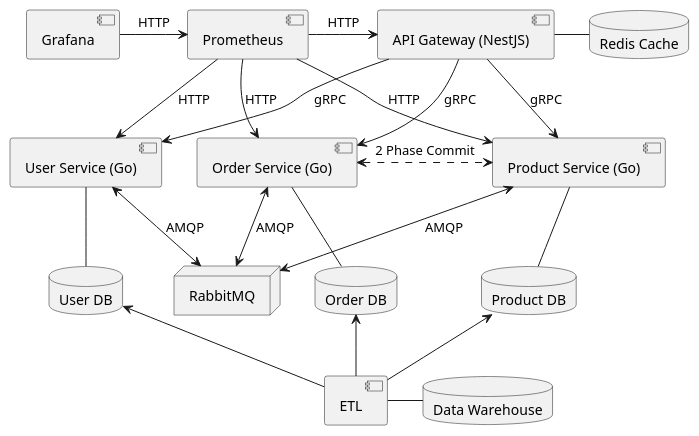
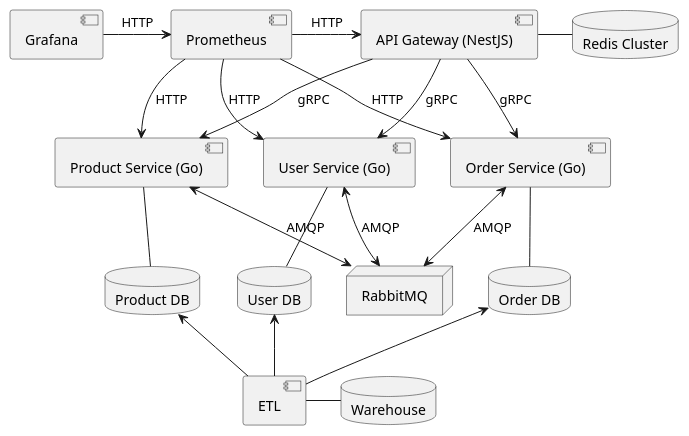
One commit to Marcel-MD/pad-labs changed the diagram in diagram.puml. Above: the diagram before and after it, drawn with PlantUML. The commit also changed 4 other files, not shown here.

Commit message:
Update diagrams

```diff
--- a/diagram.puml
+++ b/diagram.puml
@@ -1,46 +1,44 @@
 @startuml
 
 [Grafana] as GR
 [Prometheus] as PR
 
 [API Gateway (NestJS)] as AG
-database "Redis Cache" as RDB
+database "Redis Cluster" as RDB
 node RabbitMQ as MQ
 
 [User Service (Go)] as US
 database "User DB" as UDB
 [Product Service (Go)] as PS
 database "Product DB" as PDB
 [Order Service (Go)] as OS
 database "Order DB" as ODB
 [ETL] as ETL
-database "Data Warehouse" as DW
+database "Warehouse" as DW
 
 AG -right- RDB
 AG --> US : gRPC
 AG --> PS : gRPC
 AG --> OS : gRPC
 
 US -down- UDB
 PS -down- PDB
 OS -down- ODB
 
-OS <.right.> PS : 2 Phase Commit
-US -right[hidden]- OS
 US <--> MQ : AMQP
 PS <--> MQ : AMQP
 OS <--> MQ : AMQP
 
 GR -> PR : HTTP
 PR -> AG : HTTP
 PR --> US : HTTP
 PR --> OS : HTTP
 PR --> PS : HTTP
 
 UDB <-- ETL
 PDB <-- ETL
 ODB <-- ETL
 
 ETL - DW
 
 @enduml
```
